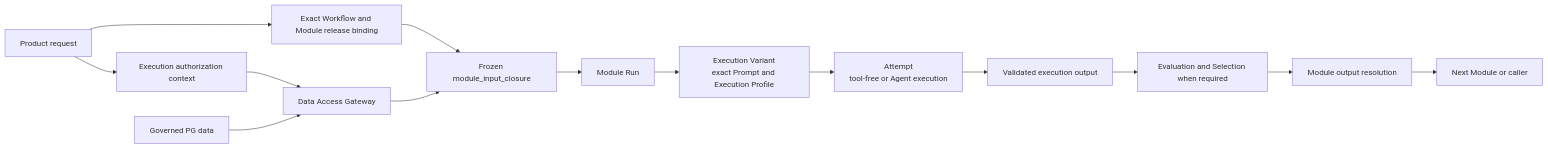
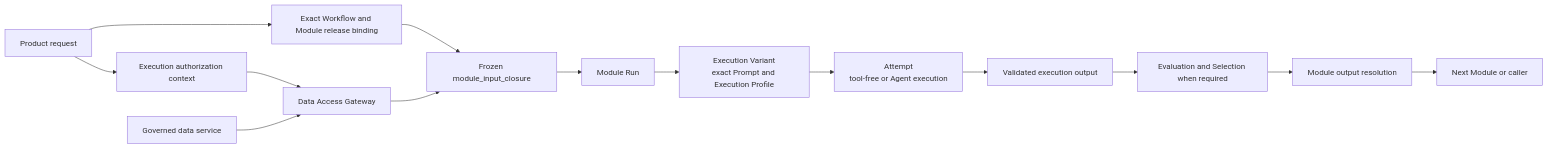
The third of 6 diagrams in designDoc/the_agent_runtime.md (bobaoai/agent_runtime), drawn with Mermaid before and after one commit. The commit also changed other lines of this file and 120 other files, not shown here.

````diff
--- a/designDoc/the_agent_runtime.md
+++ b/designDoc/the_agent_runtime.md
@@ -154,16 +149,16 @@
 ```mermaid
 flowchart LR
     REQUEST["Product request"] --> AUTH["Execution authorization context"]
     REQUEST --> BIND["Exact Workflow and Module release binding"]
     AUTH --> GATE["Data Access Gateway"]
-    PG["Governed PG data"] --> GATE
+    DATA["Governed data service"] --> GATE
     BIND --> INPUT["Frozen module_input_closure"]
     GATE --> INPUT
     INPUT --> RUN["Module Run"]
     RUN --> VARIANT["Execution Variant<br/>exact Prompt and Execution Profile"]
     VARIANT --> ATTEMPT["Attempt<br/>tool-free or Agent execution"]
     ATTEMPT --> OUTPUT["Validated execution output"]
     OUTPUT --> EVAL["Evaluation and Selection when required"]
     EVAL --> RESOLVE["Module output resolution"]
     RESOLVE --> NEXT["Next Module or caller"]
 ```
````
